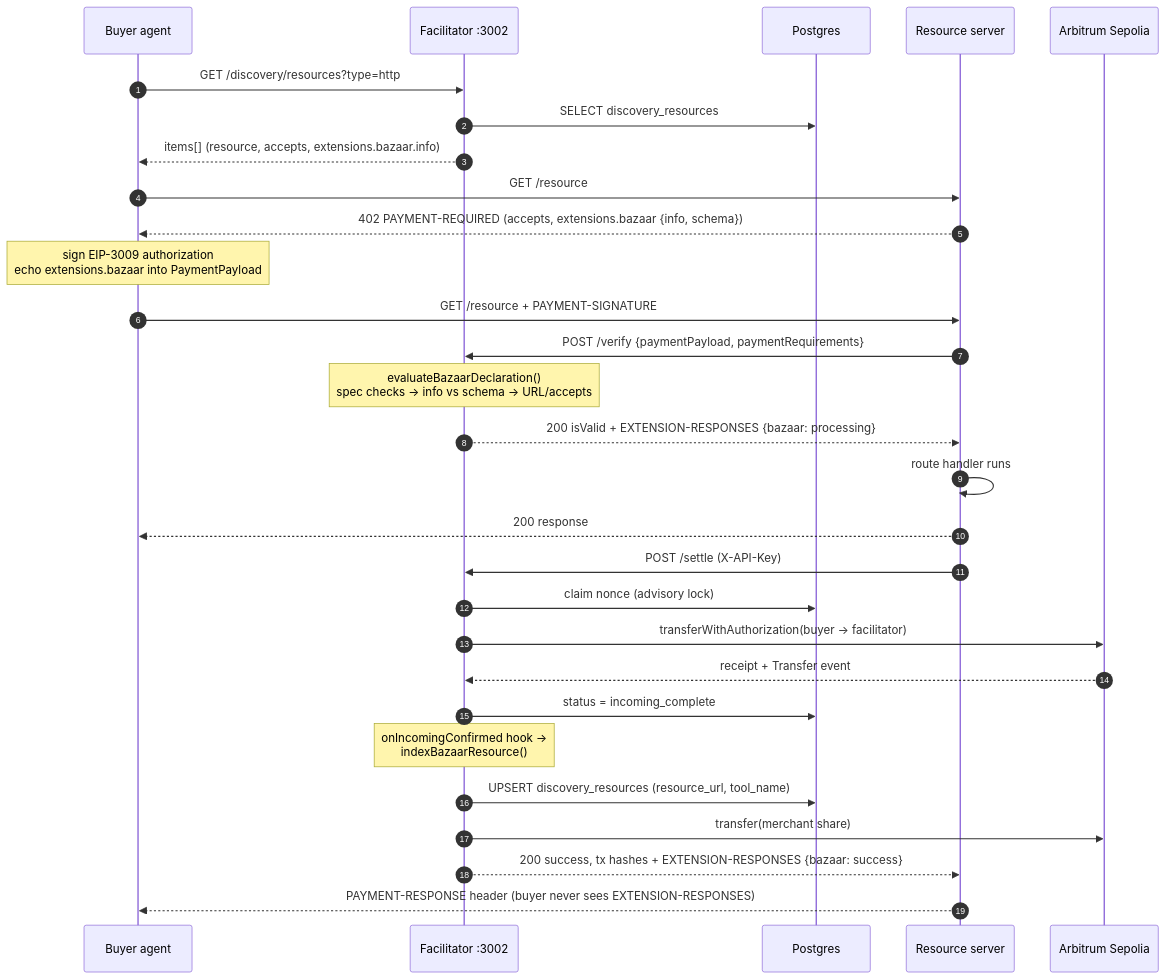
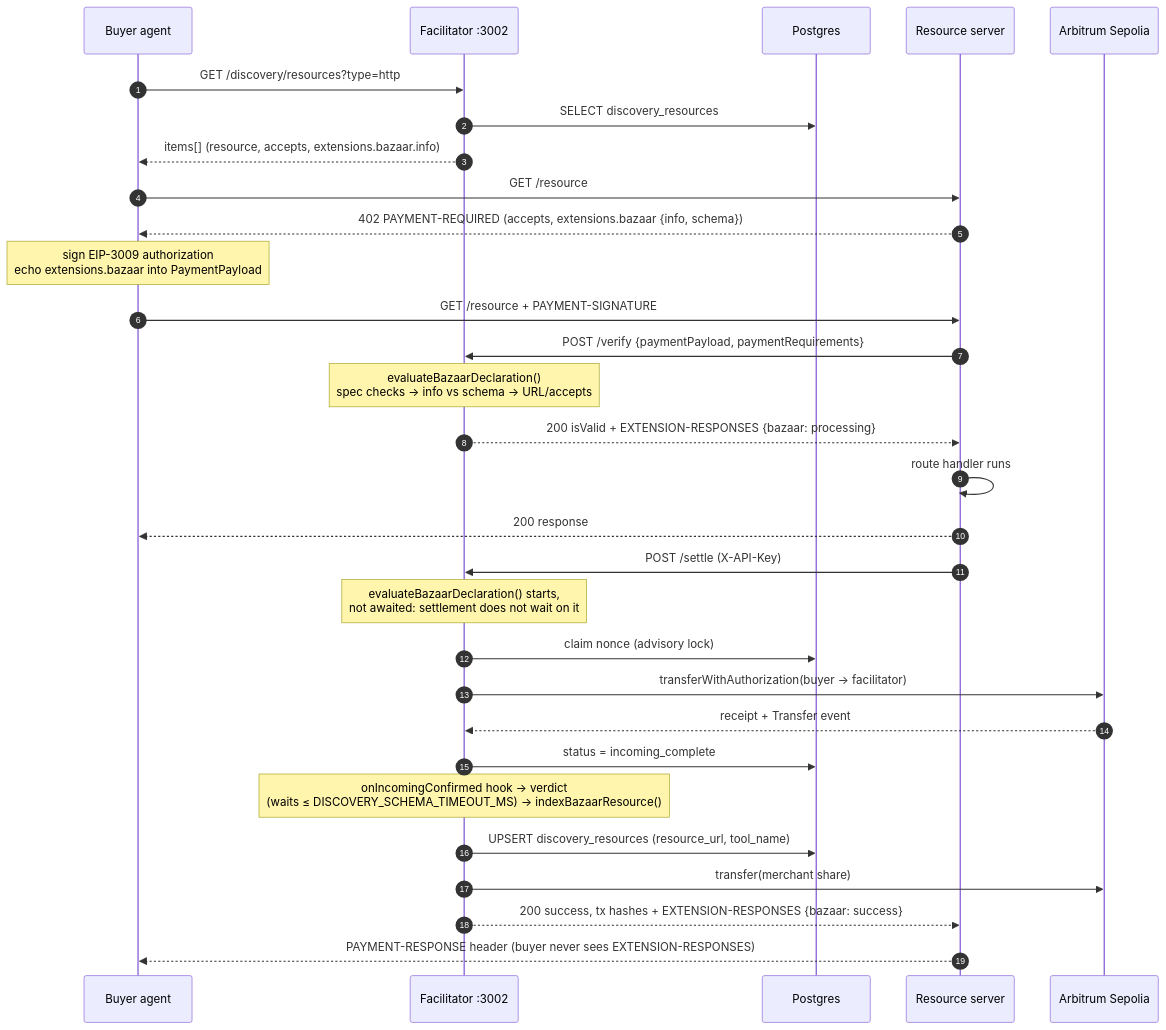
One commit to hummusonrails/x402-facilitator changed the second of 2 diagrams in docs/BAZAAR_DISCOVERY.md. Above: the diagram before and after it, drawn with Mermaid. The commit also changed other lines of this file and 4 other files, not shown here.

Commit message:
start discovery evaluation alongside settlement instead of before it

````diff
--- a/docs/BAZAAR_DISCOVERY.md
+++ b/docs/BAZAAR_DISCOVERY.md
@@ -90,37 +90,38 @@
 ```mermaid
 sequenceDiagram
   autonumber
   participant Agent as Buyer agent
   participant Fac as Facilitator :3002
   participant DB as Postgres
   participant Seller as Resource server
   participant Chain as Arbitrum Sepolia
 
   Agent->>Fac: GET /discovery/resources?type=http
   Fac->>DB: SELECT discovery_resources
   Fac-->>Agent: items[] (resource, accepts, extensions.bazaar.info)
 
   Agent->>Seller: GET /resource
   Seller-->>Agent: 402 PAYMENT-REQUIRED (accepts, extensions.bazaar {info, schema})
 
   Note over Agent: sign EIP-3009 authorization<br/>echo extensions.bazaar into PaymentPayload
   Agent->>Seller: GET /resource + PAYMENT-SIGNATURE
 
   Seller->>Fac: POST /verify {paymentPayload, paymentRequirements}
   Note over Fac: evaluateBazaarDeclaration()<br/>spec checks → info vs schema → URL/accepts
   Fac-->>Seller: 200 isValid + EXTENSION-RESPONSES {bazaar: processing}
 
   Seller->>Seller: route handler runs
   Seller-->>Agent: 200 response
 
   Seller->>Fac: POST /settle (X-API-Key)
+  Note over Fac: evaluateBazaarDeclaration() starts,<br/>not awaited: settlement does not wait on it
   Fac->>DB: claim nonce (advisory lock)
   Fac->>Chain: transferWithAuthorization(buyer → facilitator)
   Chain-->>Fac: receipt + Transfer event
   Fac->>DB: status = incoming_complete
-  Note over Fac: onIncomingConfirmed hook →<br/>indexBazaarResource()
+  Note over Fac: onIncomingConfirmed hook → verdict<br/>(waits ≤ DISCOVERY_SCHEMA_TIMEOUT_MS) → indexBazaarResource()
   Fac->>DB: UPSERT discovery_resources (resource_url, tool_name)
   Fac->>Chain: transfer(merchant share)
   Fac-->>Seller: 200 success, tx hashes + EXTENSION-RESPONSES {bazaar: success}
   Seller-->>Agent: PAYMENT-RESPONSE header (buyer never sees EXTENSION-RESPONSES)
 ```
````
